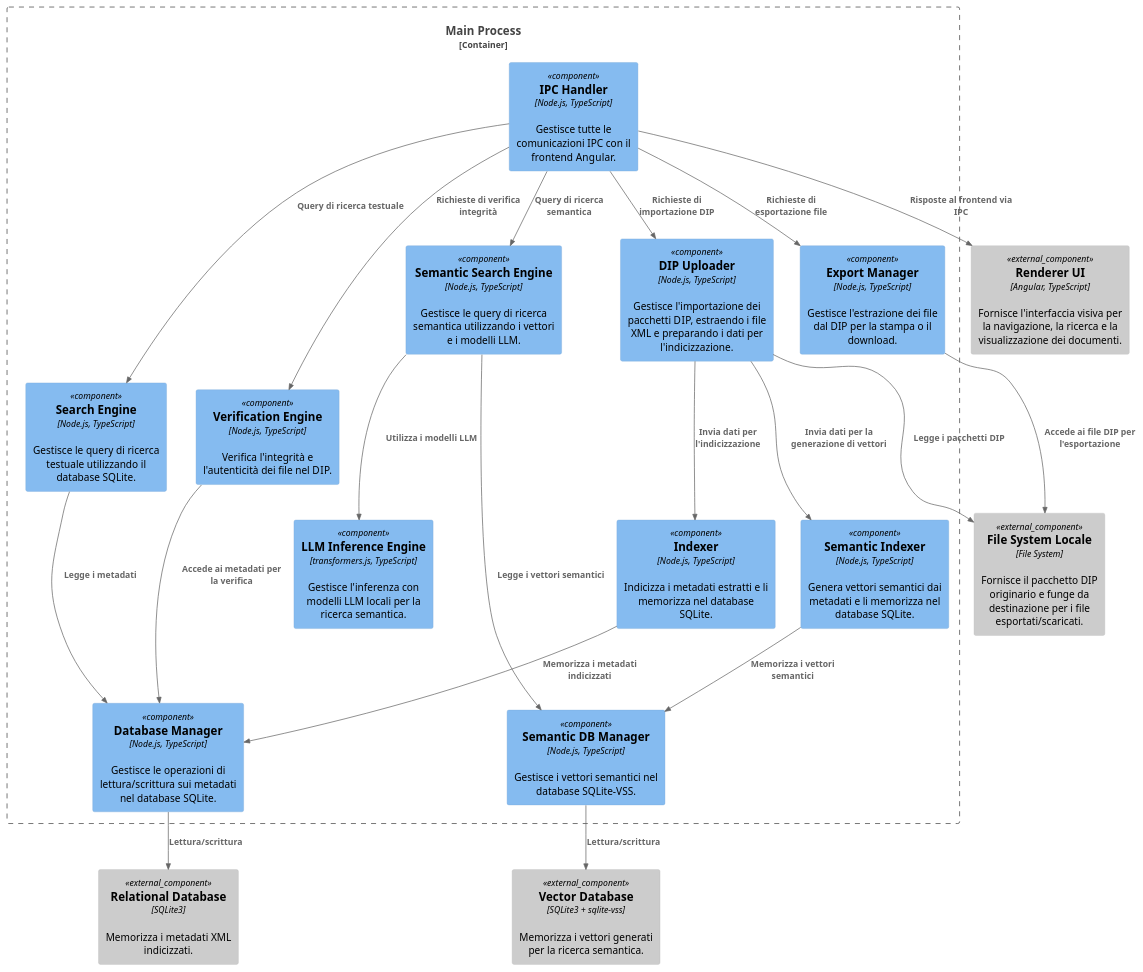
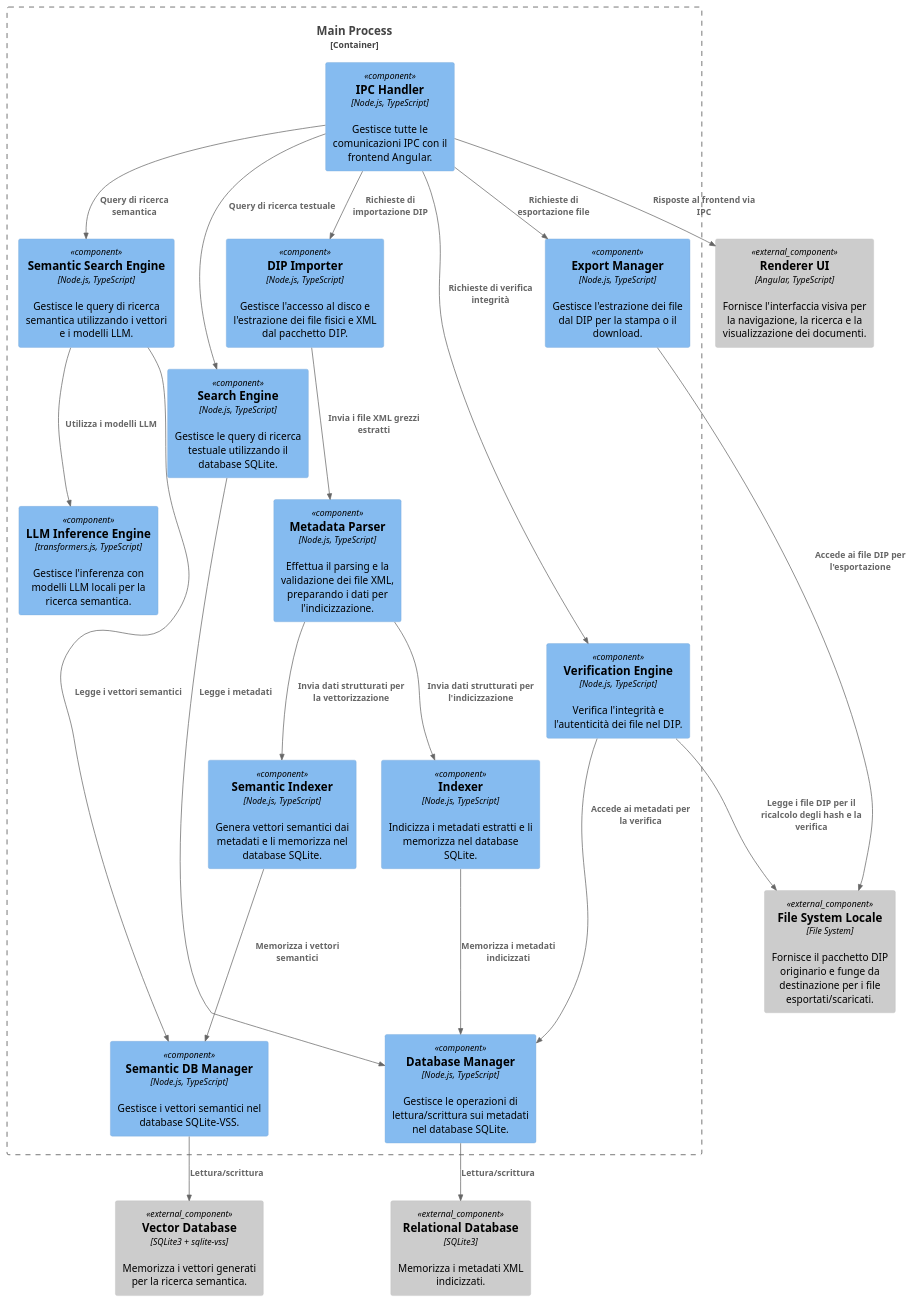
Before and after one commit to 7-ZPUs/Docs: the diagram in 3_PB/SpecificaTecnica/c3_1.puml, drawn with PlantUML. The commit also changed 2 other files, not shown here.

```diff
--- a/3_PB/SpecificaTecnica/c3_1.puml
+++ b/3_PB/SpecificaTecnica/c3_1.puml
@@ -1,42 +1,45 @@
 @startuml
 !include https://raw.githubusercontent.com/plantuml-stdlib/C4-PlantUML/master/C4_Component.puml
 
 Component_Ext(filesystem, "File System Locale", "File System", "Fornisce il pacchetto DIP originario e funge da destinazione per i file esportati/scaricati.")
 Component_Ext(sqlite, "Relational Database", "SQLite3", "Memorizza i metadati XML indicizzati.")
 Component_Ext(sqlite_vss, "Vector Database", "SQLite3 + sqlite-vss", "Memorizza i vettori generati per la ricerca semantica.")
 Component_Ext(renderer, "Renderer UI", "Angular, TypeScript", "Fornisce l'interfaccia visiva per la navigazione, la ricerca e la visualizzazione dei documenti.")
 
 Container_Boundary(main, "Main Process") {
     Component(ipc_handler, "IPC Handler", "Node.js, TypeScript", "Gestisce tutte le comunicazioni IPC con il frontend Angular.")
-    Component(dip_uploader, "DIP Uploader", "Node.js, TypeScript", "Gestisce l'importazione dei pacchetti DIP, estraendo i file XML e preparando i dati per l'indicizzazione.")
+    Component(dip_importer, "DIP Importer", "Node.js, TypeScript", "Gestisce l'accesso al disco e l'estrazione dei file fisici e XML dal pacchetto DIP.")
+    Component(metadata_parser, "Metadata Parser", "Node.js, TypeScript", "Effettua il parsing e la validazione dei file XML, preparando i dati per l'indicizzazione.")
     Component(indexer, "Indexer", "Node.js, TypeScript", "Indicizza i metadati estratti e li memorizza nel database SQLite.")
     Component(semantic_indexer, "Semantic Indexer", "Node.js, TypeScript", "Genera vettori semantici dai metadati e li memorizza nel database SQLite.")
     Component(search_engine, "Search Engine", "Node.js, TypeScript", "Gestisce le query di ricerca testuale utilizzando il database SQLite.")
     Component(sema_search_engine, "Semantic Search Engine", "Node.js, TypeScript", "Gestisce le query di ricerca semantica utilizzando i vettori e i modelli LLM.")
     Component(verification_engine, "Verification Engine", "Node.js, TypeScript", "Verifica l'integrità e l'autenticità dei file nel DIP.")
     Component(export_manager, "Export Manager", "Node.js, TypeScript", "Gestisce l'estrazione dei file dal DIP per la stampa o il download.")
     Component(dbManager, "Database Manager", "Node.js, TypeScript", "Gestisce le operazioni di lettura/scrittura sui metadati nel database SQLite.")
     Component(sema_dbManager, "Semantic DB Manager", "Node.js, TypeScript", "Gestisce i vettori semantici nel database SQLite-VSS.")
     Component(llm_inference, "LLM Inference Engine", "transformers.js, TypeScript", "Gestisce l'inferenza con modelli LLM locali per la ricerca semantica.")
 }
 
-Rel(ipc_handler, dip_uploader, "Richieste di importazione DIP")
+Rel(ipc_handler, dip_importer, "Richieste di importazione DIP")
 Rel(ipc_handler, search_engine, "Query di ricerca testuale")
 Rel(ipc_handler, sema_search_engine, "Query di ricerca semantica")
 Rel(ipc_handler, verification_engine, "Richieste di verifica integrità")
 Rel(ipc_handler, export_manager, "Richieste di esportazione file")
 Rel(ipc_handler, renderer, "Risposte al frontend via IPC")
-Rel(dip_uploader, filesystem, "Legge i pacchetti DIP")
-Rel(dip_uploader, indexer, "Invia dati per l'indicizzazione")
-Rel(dip_uploader, semantic_indexer, "Invia dati per la generazione di vettori")
+Rel(dip_importer, metadata_parser, "Invia i file XML grezzi estratti")
+Rel(metadata_parser, indexer, "Invia dati strutturati per l'indicizzazione")
+Rel(metadata_parser, semantic_indexer, "Invia dati strutturati per la vettorizzazione")
 Rel(indexer, dbManager, "Memorizza i metadati indicizzati")
 Rel(semantic_indexer, sema_dbManager, "Memorizza i vettori semantici")
 Rel(search_engine, dbManager, "Legge i metadati")
 Rel(sema_search_engine, sema_dbManager, "Legge i vettori semantici")
 Rel(sema_search_engine, llm_inference, "Utilizza i modelli LLM")
 Rel(dbManager, sqlite, "Lettura/scrittura")
 Rel(sema_dbManager, sqlite_vss, "Lettura/scrittura")
 Rel(verification_engine, dbManager, "Accede ai metadati per la verifica")
 Rel(export_manager, filesystem, "Accede ai file DIP per l'esportazione")
+Rel(verification_engine, filesystem, "Legge i file DIP per il ricalcolo degli hash e la verifica")
+
 
 @enduml
```
